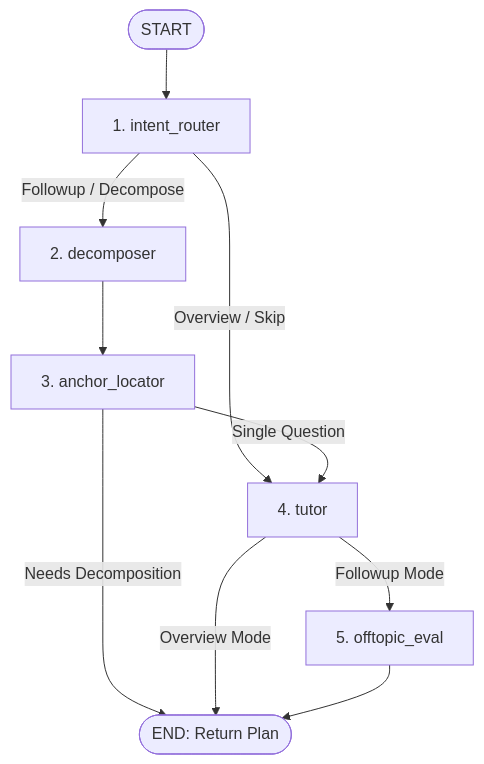
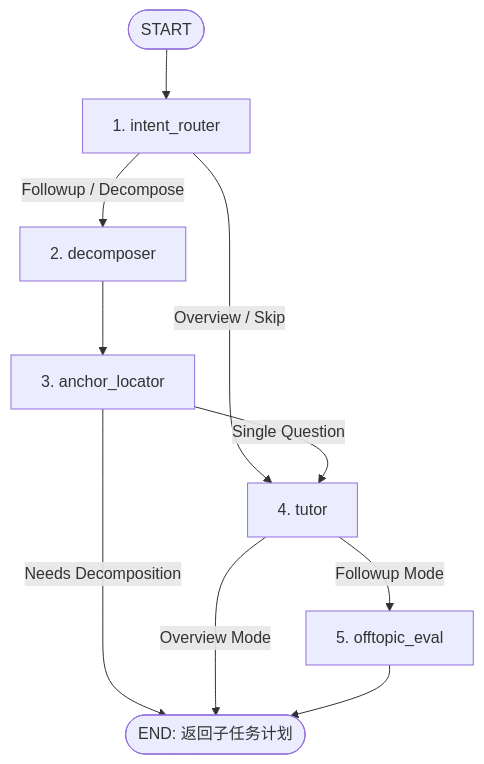
One commit to yunyan-he/LatentLearn changed the diagram in README.md. Above: the diagram before and after it, drawn with Mermaid. The commit also changed other lines of this file and 4 other files, not shown here.

````diff
--- a/README.md
+++ b/README.md
@@ -128,16 +134,16 @@
 ```mermaid
 graph TD
     START([START]) --> Router[1. intent_router]
     Router -->|Overview / Skip| Tutor[4. tutor]
     Router -->|Followup / Decompose| Decomposer[2. decomposer]
     
     Decomposer --> Locator[3. anchor_locator]
     
-    Locator -->|Needs Decomposition| END([END: Return Plan])
+    Locator -->|Needs Decomposition| END([END: 返回子任务计划])
     Locator -->|Single Question| Tutor
     
     Tutor -->|Overview Mode| END
     Tutor -->|Followup Mode| OffTopic[5. offtopic_eval]
     
     OffTopic --> END
 ```
````
